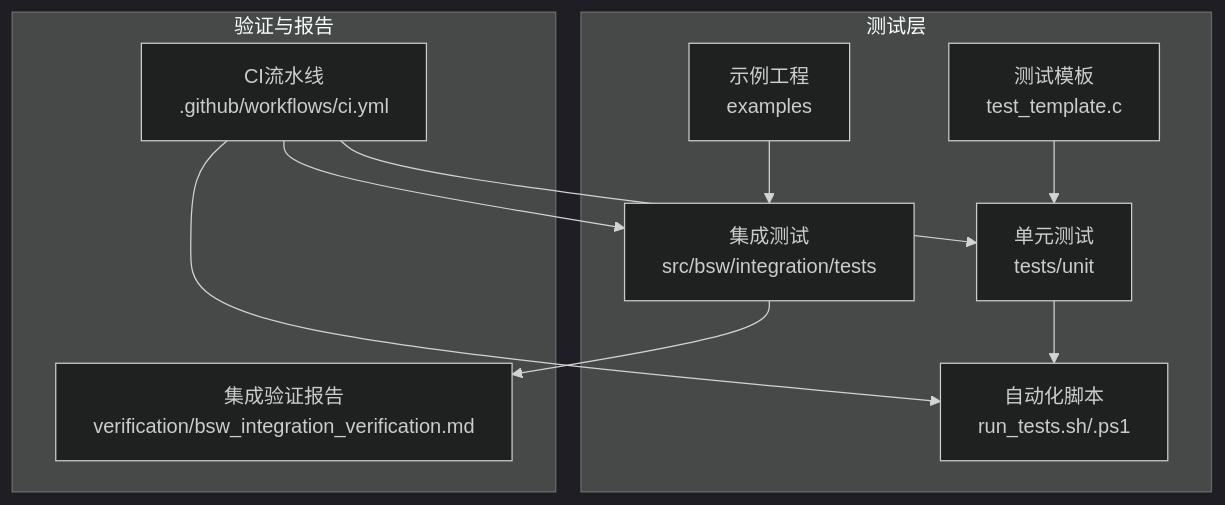
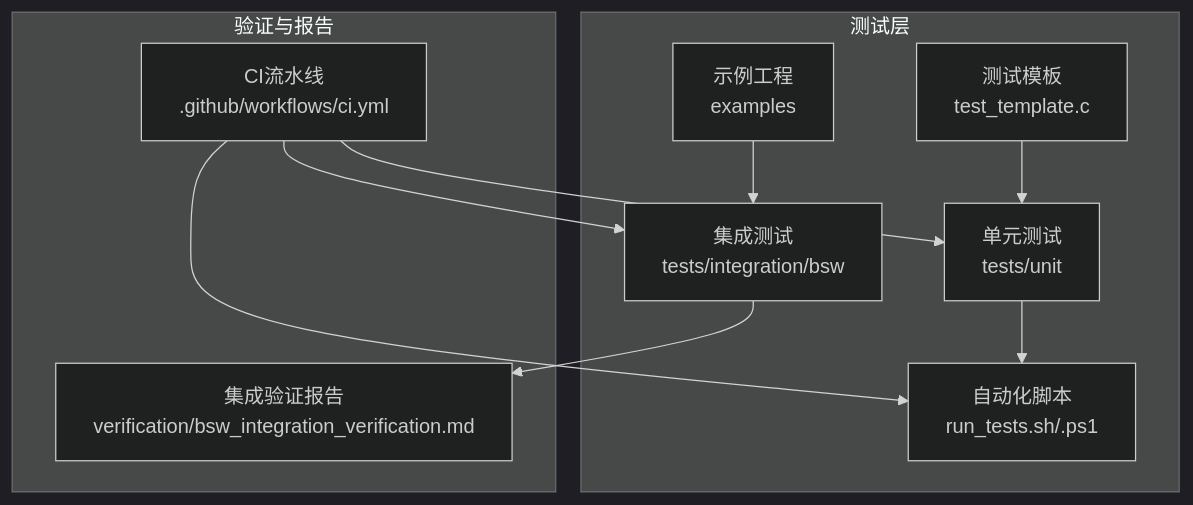
Before and after one commit to frisky1985/yuleASR: the first of 8 diagrams in .qoder/repowiki/zh/content/测试策略/测试策略.md, drawn with Mermaid (dark theme). The commit also changed other lines of this file and 191 other files, not shown here.

````diff
--- a/.qoder/repowiki/zh/content/测试策略/测试策略.md
+++ b/.qoder/repowiki/zh/content/测试策略/测试策略.md
@@ -53,21 +53,21 @@
 ```mermaid
 graph TB
 subgraph "测试层"
 UT["单元测试<br/>tests/unit"]
 UTT["测试模板<br/>test_template.c"]
 AUT["自动化脚本<br/>run_tests.sh/.ps1"]
-IT["集成测试<br/>src/bsw/integration/tests"]
+IT["集成测试<br/>tests/integration/bsw"]
 EX["示例工程<br/>examples"]
 end
 subgraph "验证与报告"
 VR["集成验证报告<br/>verification/bsw_integration_verification.md"]
 CI["CI流水线<br/>.github/workflows/ci.yml"]
 end
 UT --> AUT
 UTT --> UT
 IT --> VR
 EX --> IT
 CI --> UT
 CI --> IT
 CI --> AUT
 ```
````
